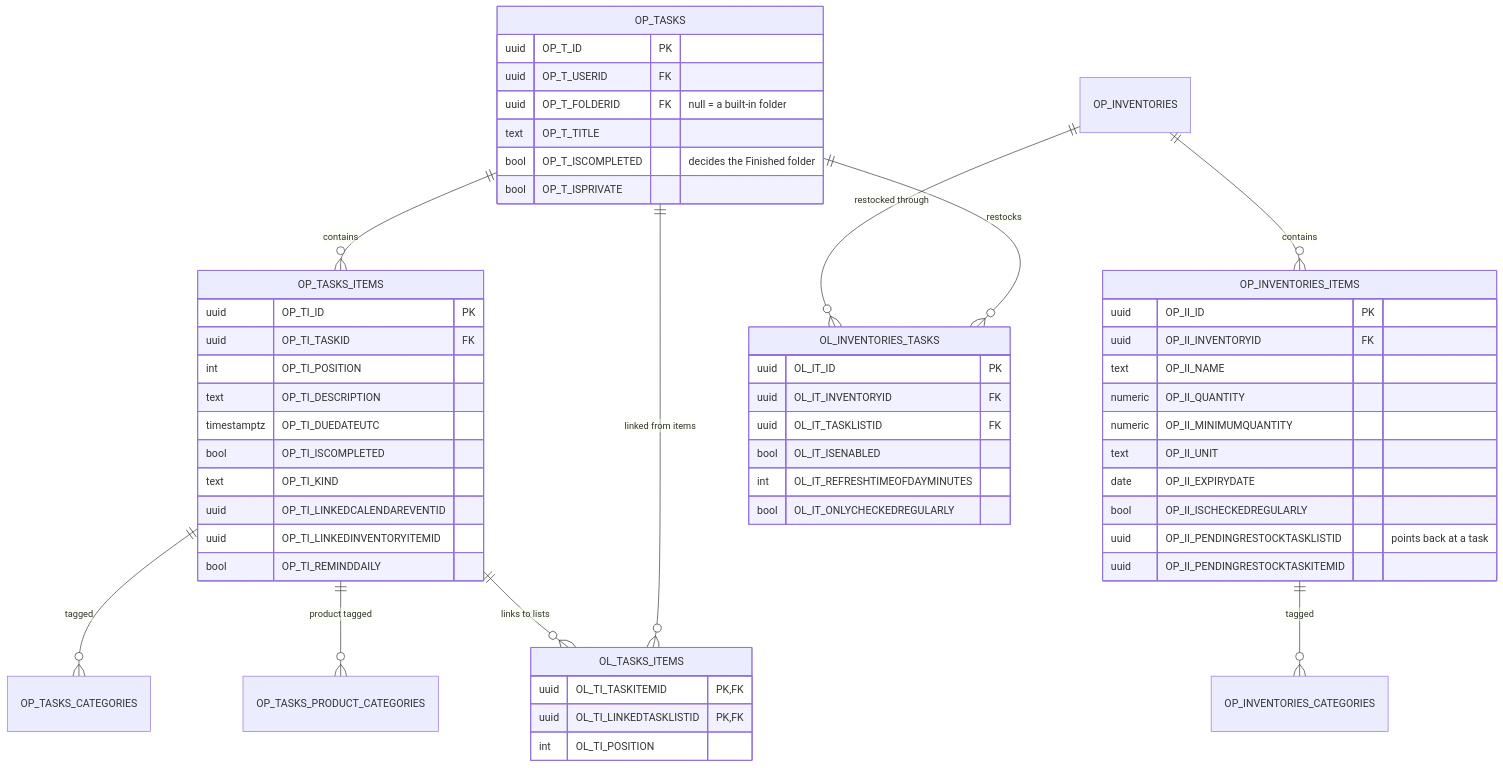
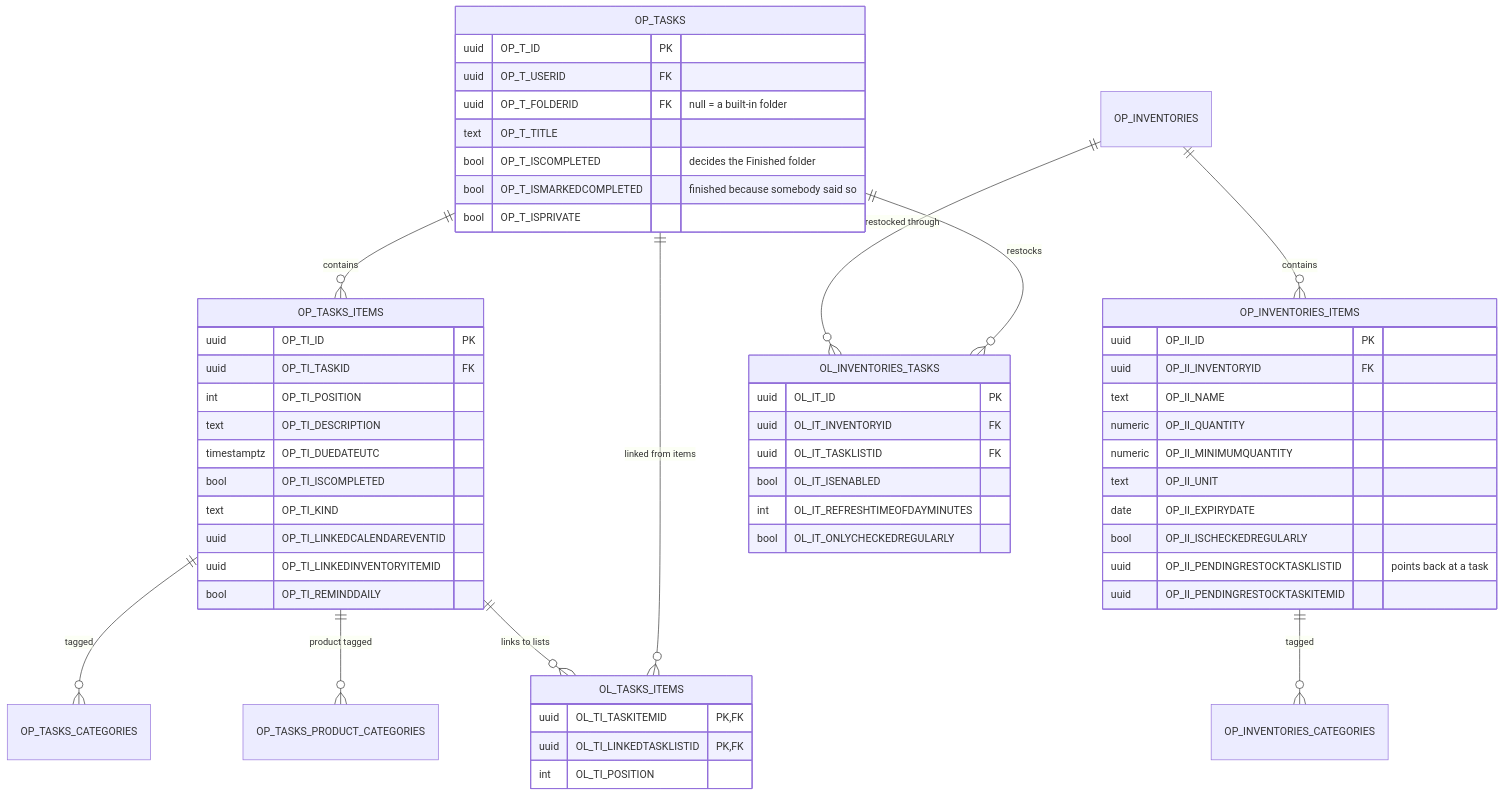
One commit to NorArax-NeflinOwl/orbit changed the third of 5 diagrams in info/uml/database.md. Above: the diagram before and after it, drawn with Mermaid. The commit also changed 17 other files, not shown here.

````diff
--- a/info/uml/database.md
+++ b/info/uml/database.md
@@ -162,58 +162,59 @@
 ```mermaid
 erDiagram
     OP_TASKS ||--o{ OP_TASKS_ITEMS : contains
     OP_TASKS_ITEMS ||--o{ OP_TASKS_CATEGORIES : "tagged"
     OP_TASKS_ITEMS ||--o{ OP_TASKS_PRODUCT_CATEGORIES : "product tagged"
     OP_TASKS_ITEMS ||--o{ OL_TASKS_ITEMS : "links to lists"
     OP_TASKS ||--o{ OL_TASKS_ITEMS : "linked from items"
     OP_INVENTORIES ||--o{ OP_INVENTORIES_ITEMS : contains
     OP_INVENTORIES_ITEMS ||--o{ OP_INVENTORIES_CATEGORIES : "tagged"
     OP_INVENTORIES ||--o{ OL_INVENTORIES_TASKS : "restocked through"
     OP_TASKS ||--o{ OL_INVENTORIES_TASKS : "restocks"
 
     OP_TASKS {
         uuid OP_T_ID PK
         uuid OP_T_USERID FK
         uuid OP_T_FOLDERID FK "null = a built-in folder"
         text OP_T_TITLE
         bool OP_T_ISCOMPLETED "decides the Finished folder"
+        bool OP_T_ISMARKEDCOMPLETED "finished because somebody said so"
         bool OP_T_ISPRIVATE
     }
     OP_TASKS_ITEMS {
         uuid OP_TI_ID PK
         uuid OP_TI_TASKID FK
         int OP_TI_POSITION
         text OP_TI_DESCRIPTION
         timestamptz OP_TI_DUEDATEUTC
         bool OP_TI_ISCOMPLETED
         text OP_TI_KIND
         uuid OP_TI_LINKEDCALENDAREVENTID
         uuid OP_TI_LINKEDINVENTORYITEMID
         bool OP_TI_REMINDDAILY
     }
     OP_INVENTORIES_ITEMS {
         uuid OP_II_ID PK
         uuid OP_II_INVENTORYID FK
         text OP_II_NAME
         numeric OP_II_QUANTITY
         numeric OP_II_MINIMUMQUANTITY
         text OP_II_UNIT
         date OP_II_EXPIRYDATE
         bool OP_II_ISCHECKEDREGULARLY
         uuid OP_II_PENDINGRESTOCKTASKLISTID "points back at a task"
         uuid OP_II_PENDINGRESTOCKTASKITEMID
     }
     OL_INVENTORIES_TASKS {
         uuid OL_IT_ID PK
         uuid OL_IT_INVENTORYID FK
         uuid OL_IT_TASKLISTID FK
         bool OL_IT_ISENABLED
         int OL_IT_REFRESHTIMEOFDAYMINUTES
         bool OL_IT_ONLYCHECKEDREGULARLY
     }
     OL_TASKS_ITEMS {
         uuid OL_TI_TASKITEMID PK,FK
         uuid OL_TI_LINKEDTASKLISTID PK,FK
         int OL_TI_POSITION
     }
 ```
````
